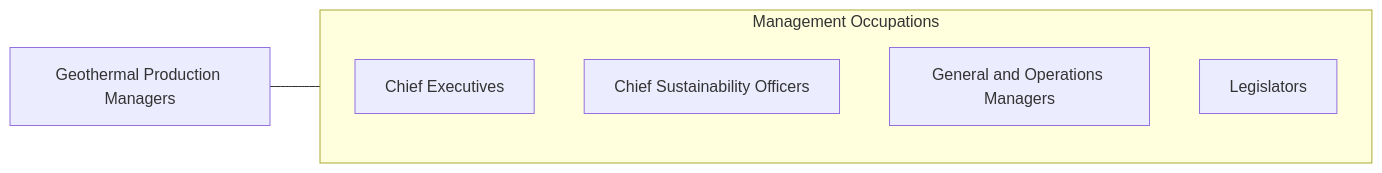
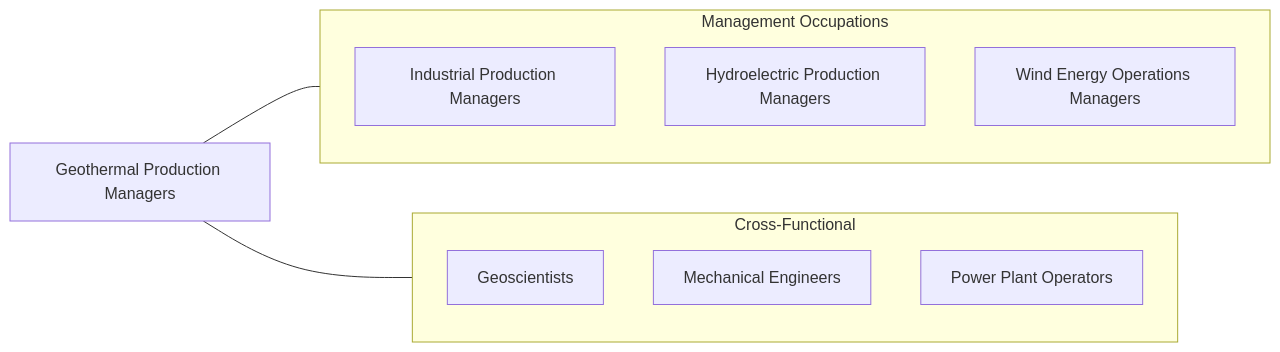
The fourth of 4 diagrams in occupations/Management/GeothermalProductionManagers.mdx (kziemski/business.org.ai), drawn with Mermaid before and after one commit. The commit also changed other lines of this file and 938 other files, not shown here.

````diff
--- a/occupations/Management/GeothermalProductionManagers.mdx
+++ b/occupations/Management/GeothermalProductionManagers.mdx
@@ -108,13 +158,19 @@
 ```mermaid
 graph LR
-    Current["Geothermal Production Managers"]
+    GPM["Geothermal Production Managers"]
 
     subgraph SameCategory["Management Occupations"]
-        ChiefExecutives["Chief Executives"]
-        ChiefSustainabilityO["Chief Sustainability Officers"]
-        GeneralAndOperations["General and Operations Managers"]
-        Legislators["Legislators"]
+        IPM["Industrial Production Managers"]
+        HPM["Hydroelectric Production Managers"]
+        WEOM["Wind Energy Operations Managers"]
     end
 
-    Current --- SameCategory
+    subgraph CrossFunctional["Cross-Functional"]
+        Geo["Geoscientists"]
+        ME["Mechanical Engineers"]
+        PPO["Power Plant Operators"]
+    end
+
+    GPM --- SameCategory
+    GPM --- CrossFunctional
 ```
````
